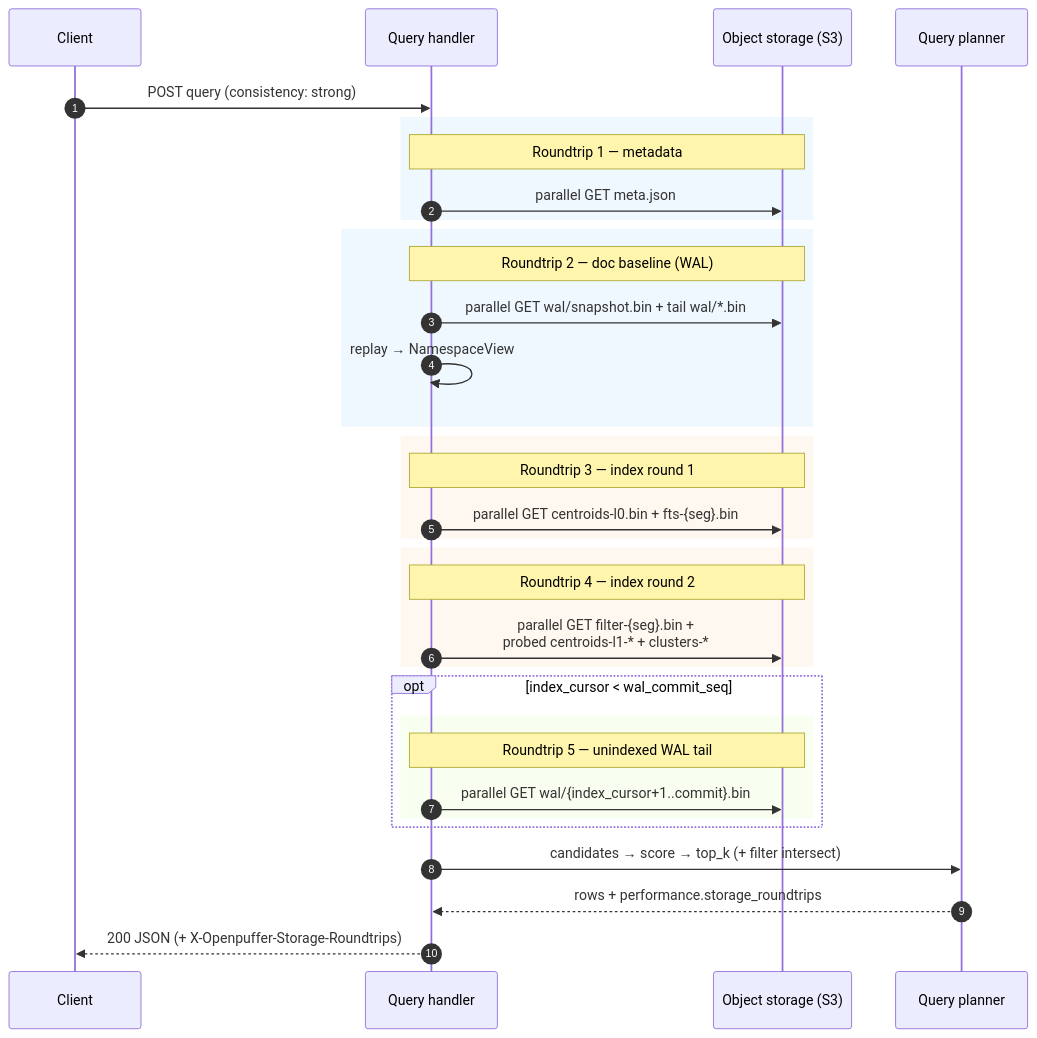
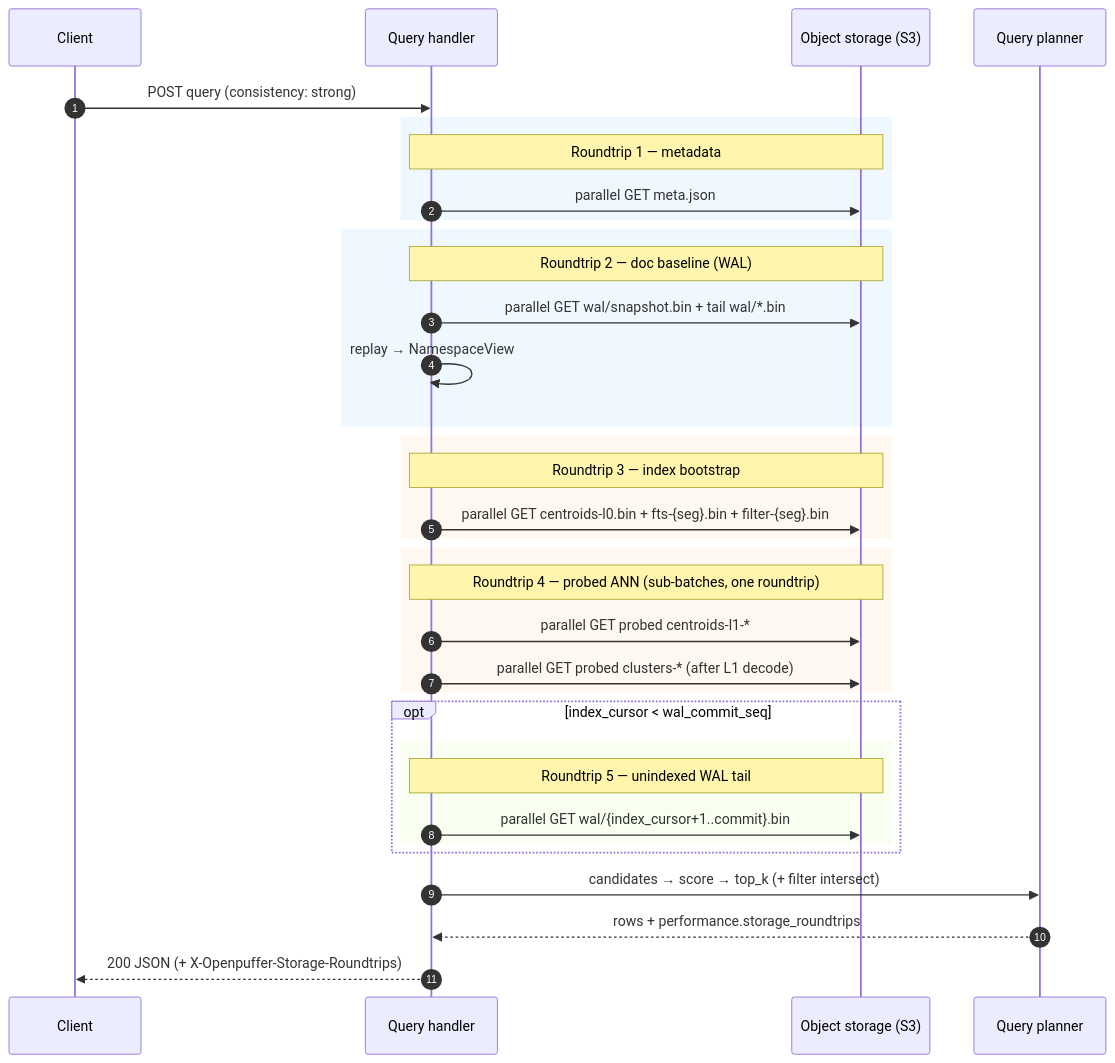
One commit to av/openpuffer changed the second of 3 diagrams in docs/ARCHITECTURE.md. Above: the diagram before and after it, drawn with Mermaid. The commit also changed other lines of this file and 3 other files, not shown here.

````diff
--- a/docs/ARCHITECTURE.md
+++ b/docs/ARCHITECTURE.md
@@ -186,42 +186,43 @@
 ```mermaid
 sequenceDiagram
     autonumber
     participant C as Client
     participant Q as Query handler
     participant S3 as Object storage (S3)
     participant P as Query planner
 
     C->>Q: POST query (consistency: strong)
 
     rect rgb(240, 248, 255)
         Note over Q,S3: Roundtrip 1 — metadata
         Q->>S3: parallel GET meta.json
     end
 
     rect rgb(240, 248, 255)
         Note over Q,S3: Roundtrip 2 — doc baseline (WAL)
         Q->>S3: parallel GET wal/snapshot.bin + tail wal/*.bin
         Q->>Q: replay → NamespaceView
     end
 
     rect rgb(255, 248, 240)
-        Note over Q,S3: Roundtrip 3 — index round 1
-        Q->>S3: parallel GET centroids-l0.bin + fts-{seg}.bin
+        Note over Q,S3: Roundtrip 3 — index bootstrap
+        Q->>S3: parallel GET centroids-l0.bin + fts-{seg}.bin + filter-{seg}.bin
     end
 
     rect rgb(255, 248, 240)
-        Note over Q,S3: Roundtrip 4 — index round 2
-        Q->>S3: parallel GET filter-{seg}.bin +<br/>probed centroids-l1-* + clusters-*
+        Note over Q,S3: Roundtrip 4 — probed ANN (sub-batches, one roundtrip)
+        Q->>S3: parallel GET probed centroids-l1-*
+        Q->>S3: parallel GET probed clusters-* (after L1 decode)
     end
 
     opt index_cursor < wal_commit_seq
         rect rgb(248, 255, 240)
             Note over Q,S3: Roundtrip 5 — unindexed WAL tail
             Q->>S3: parallel GET wal/{index_cursor+1..commit}.bin
         end
     end
 
     Q->>P: candidates → score → top_k (+ filter intersect)
     P-->>Q: rows + performance.storage_roundtrips
     Q-->>C: 200 JSON (+ X-Openpuffer-Storage-Roundtrips)
 ```
````
